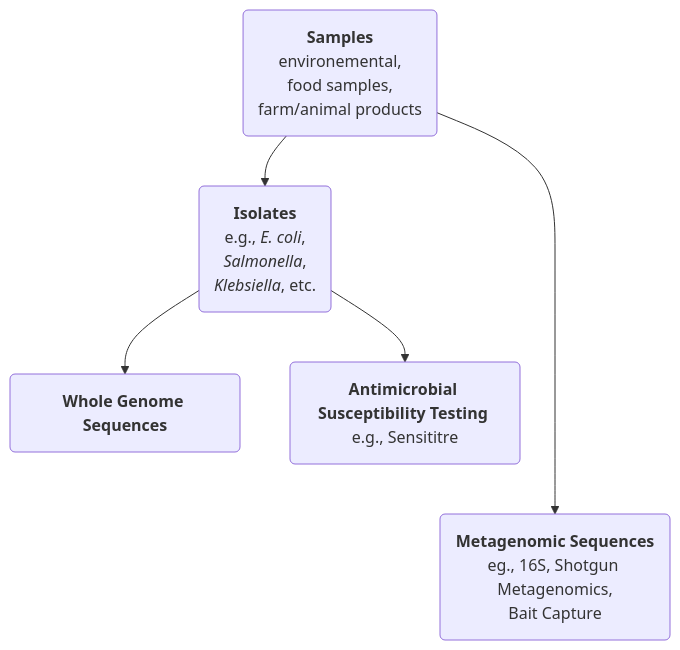
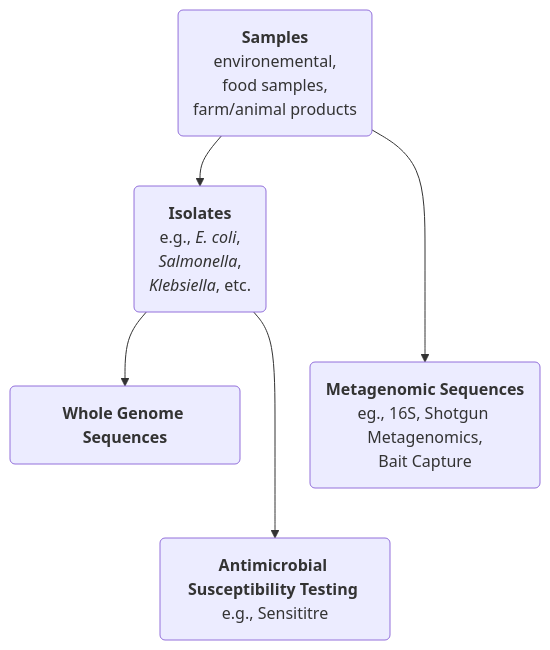
The diagram in metadata_standards_sop.md (grdi-amr/docs-and-SOPs), drawn with Mermaid before and after one commit.

Commit message:
experimenting with edge lengths

````diff
--- a/metadata_standards_sop.md
+++ b/metadata_standards_sop.md
@@ -45,21 +45,21 @@
 ```mermaid
 graph TD;
 
 sam("`**Samples**
      environemental,
      food samples,
      farm/animal products`") -->
 iso("`**Isolates**
      e.g., _E. coli_,
      _Salmonella_,
      _Klebsiella_, etc.`") -->
 wgs("`**Whole Genome Sequences**`")
-sam ---->
+sam --->
 mtg("`**Metagenomic Sequences**
      eg., 16S, Shotgun Metagenomics,
      Bait Capture`")
-iso -->
+iso --->
 ast("`**Antimicrobial Susceptibility Testing** 
      e.g., Sensititre`")
 
 ```
````
